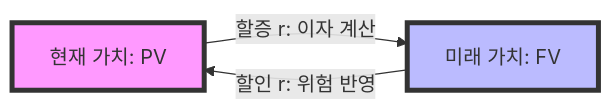
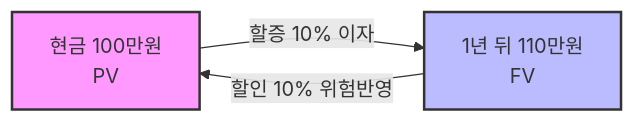
Before and after one commit to yuli3/blog-oiyo: the diagram in src/content/blog/ko/education-finance-ch1.mdx, drawn with Mermaid. The commit also changed other lines of this file and 74 other files, not shown here.

````diff
--- a/src/content/blog/ko/education-finance-ch1.mdx
+++ b/src/content/blog/ko/education-finance-ch1.mdx
@@ -52,7 +92,7 @@
 ```mermaid
 graph LR
-    A[현재 가치: PV] -->|할증 r: 이자 계산| B[미래 가치: FV]
-    B -->|할인 r: 위험 반영| A
-    style A fill:#f9f,stroke:#333,stroke-width:4px
-    style B fill:#bbf,stroke:#333,stroke-width:4px
+    A[현금 100만원 <br/> PV] -->|할증 10% 이자| B[1년 뒤 110만원 <br/> FV]
+    B -->|할인 10% 위험반영| A
+    style A fill:#f9f,stroke:#333,stroke-width:2px
+    style B fill:#bbf,stroke:#333,stroke-width:2px
 ```
````
